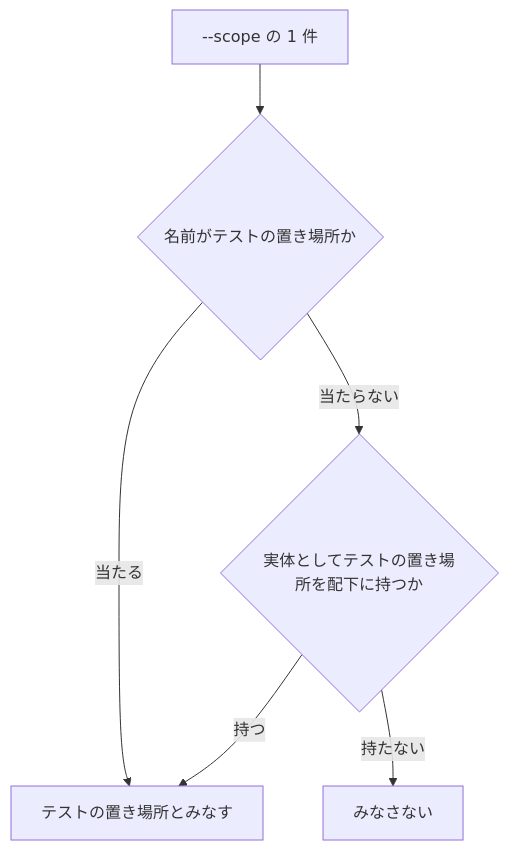
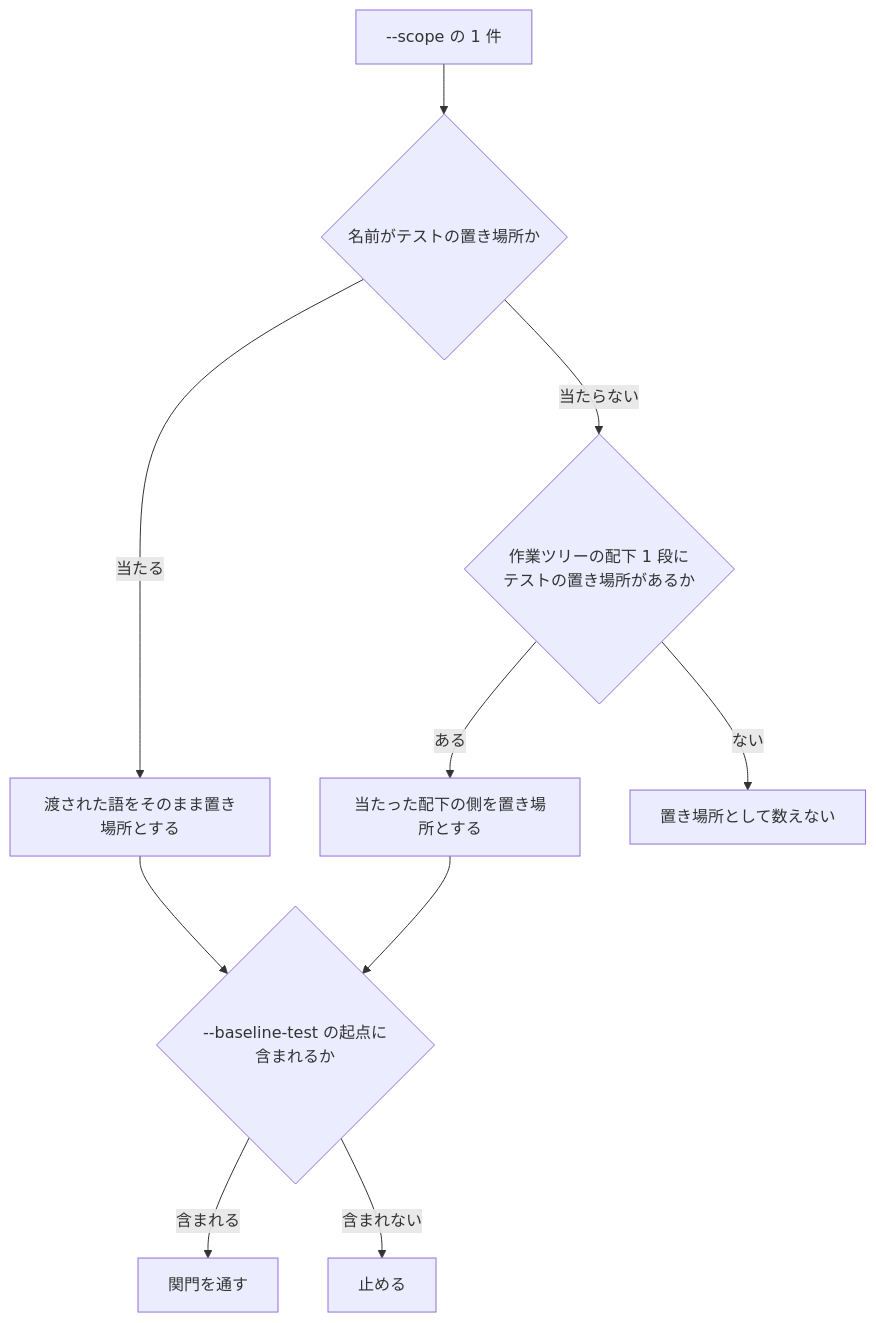
Before and after one commit to devbasex/ai-plugins: the fifth of 5 diagrams in issues/issue-518-524-design.md, drawn with Mermaid. The commit also changed other lines of this file, not shown here.

````diff
--- a/issues/issue-518-524-design.md
+++ b/issues/issue-518-524-design.md
@@ -150,8 +209,12 @@
 ```mermaid
 graph TD
     A[--scope の 1 件] --> B{名前がテストの置き場所か}
-    B -->|当たる| T[テストの置き場所とみなす]
-    B -->|当たらない| C{実体としてテストの置き場所を配下に持つか}
-    C -->|持つ| T
-    C -->|持たない| F[みなさない]
+    B -->|当たる| T[渡された語をそのまま置き場所とする]
+    B -->|当たらない| C{作業ツリーの配下 1 段に<br/>テストの置き場所があるか}
+    C -->|ある| D[当たった配下の側を置き場所とする]
+    C -->|ない| F[置き場所として数えない]
+    T --> E{--baseline-test の起点に含まれるか}
+    D --> E
+    E -->|含まれる| P[関門を通す]
+    E -->|含まれない| S[止める]
 ```
````
